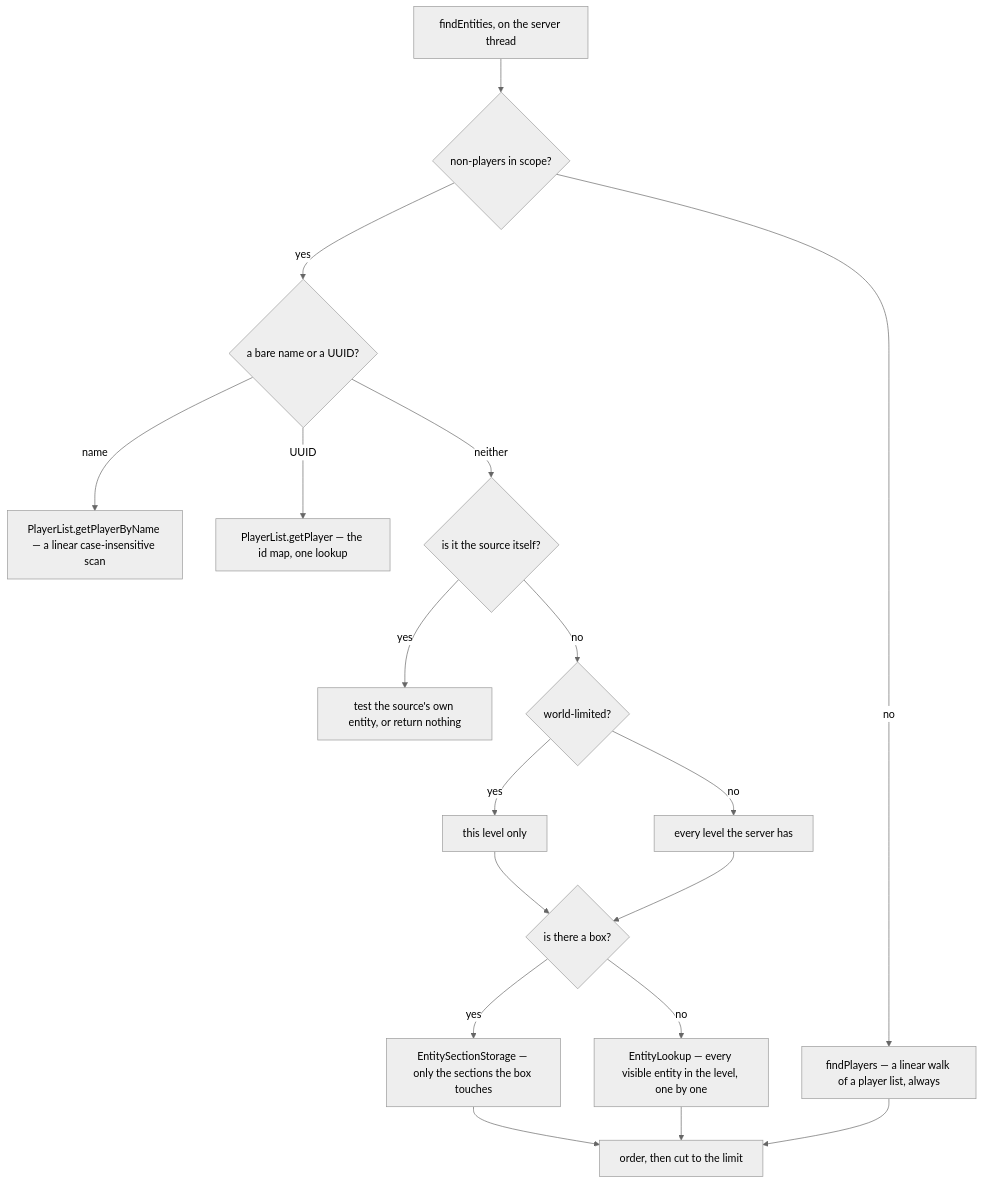
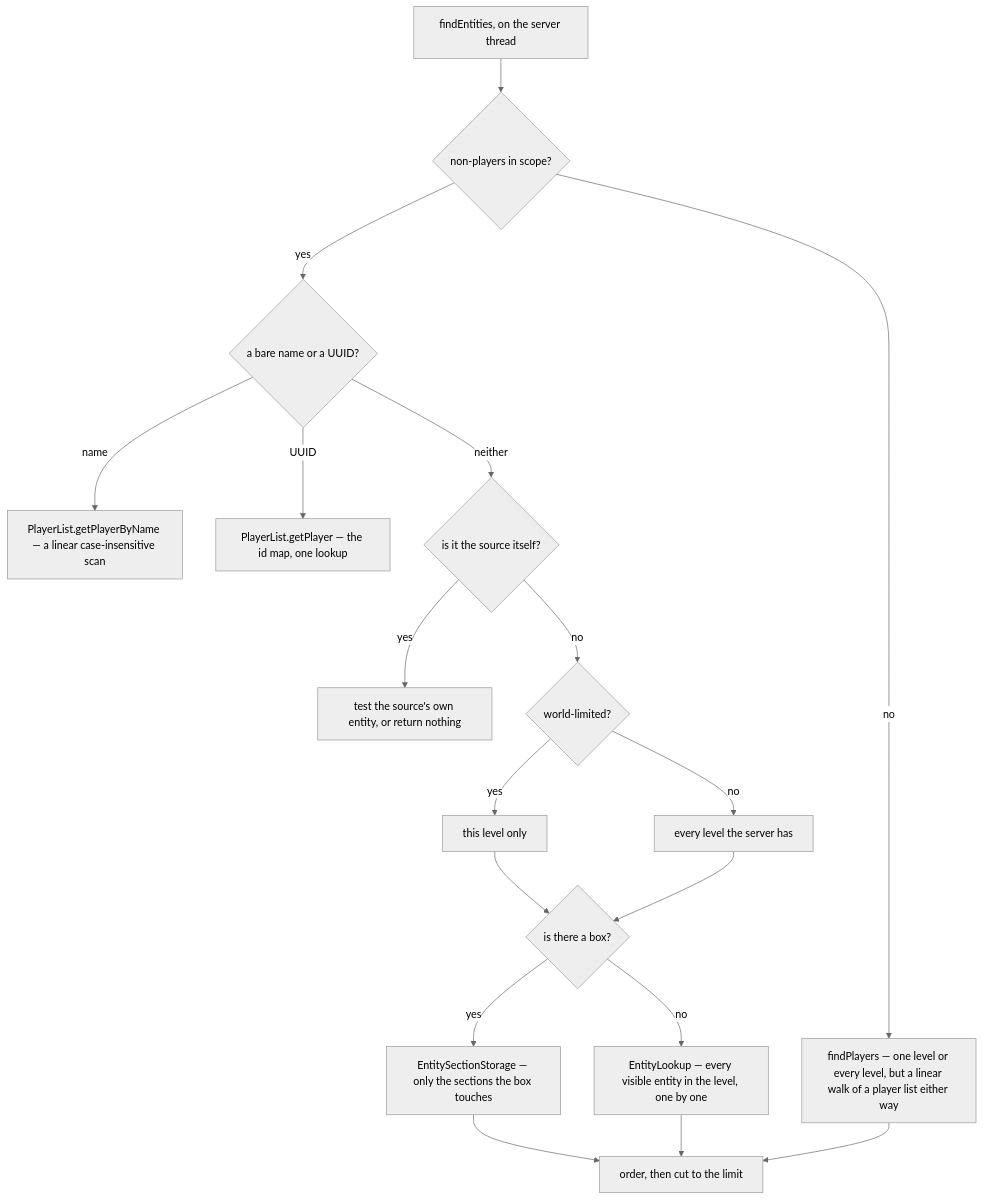
One commit to AlexanderjFraser/MinecraftDocs changed the second of 2 diagrams in src/systems/commands/entity-selectors.md. Above: the diagram before and after it, drawn with Mermaid (neutral theme). The commit also changed other lines of this file and 15 other files, not shown here.

````diff
--- a/src/systems/commands/entity-selectors.md
+++ b/src/systems/commands/entity-selectors.md
@@ -172,20 +166,20 @@
 ```mermaid
 flowchart TB
     A["findEntities, on the server thread"] --> B{"non-players in scope?"}
-    B -- no --> P["findPlayers — a linear walk of a player list, always"]
+    B -- no --> P["findPlayers — one level or every level, but a linear walk of a player list either way"]
     B -- yes --> C{"a bare name or a UUID?"}
     C -- name --> N["PlayerList.getPlayerByName — a linear case-insensitive scan"]
     C -- UUID --> U["PlayerList.getPlayer — the id map, one lookup"]
     C -- neither --> D{"is it the source itself?"}
     D -- yes --> S["test the source's own entity, or return nothing"]
     D -- no --> E{"world-limited?"}
     E -- yes --> F["this level only"]
     E -- no --> G["every level the server has"]
     F --> H{"is there a box?"}
     G --> H
     H -- yes --> I["EntitySectionStorage — only the sections the box touches"]
     H -- no --> J["EntityLookup — every visible entity in the level, one by one"]
     I --> K["order, then cut to the limit"]
     J --> K
     P --> K
 ```
````
